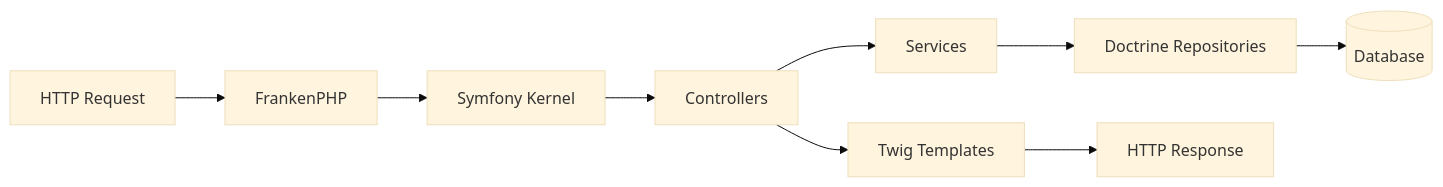
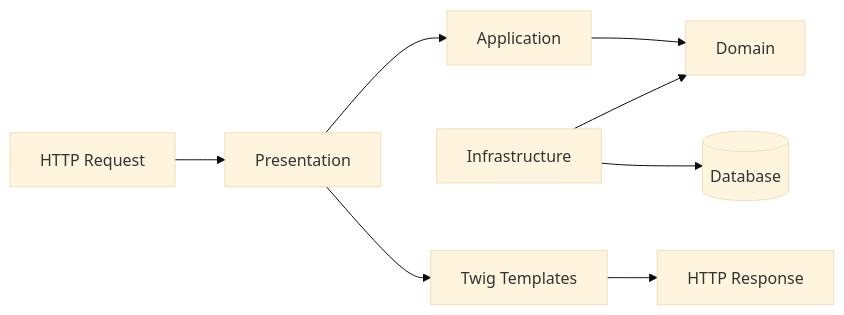
One commit to humanuoid/symfony-learning-lab changed the diagram in aidd_docs/memory/architecture.md. Above: the diagram before and after it, drawn with Mermaid (base theme). The commit also changed other lines of this file and 2 other files, not shown here.

Commit message:
feat(architecture): add Presentation layer with correct Clean Architecture dependency rules
- Add Presentation/ as fourth layer for HTTP/CLI entry points
- Fix Mermaid diagram: Infrastructure depends on Domain, not reverse
- Clarify Domain layer: pure PHP, zero framework dependencies
- Update implementation.md: controllers and templates now in Presentation/
- Add architecture test: Domain cannot depend on Presentation
- Create src/Shared/Presentation/{Web,Console}/ directory structure

````diff
--- a/aidd_docs/memory/architecture.md
+++ b/aidd_docs/memory/architecture.md
@@ -16,11 +16,10 @@
 ```mermaid
 flowchart LR
-    Request[HTTP Request] --> FrankenPHP
-    FrankenPHP --> Symfony[Symfony Kernel]
-    Symfony --> Controller[Controllers]
-    Controller --> Service[Services]
-    Service --> Repository[Doctrine Repositories]
-    Repository --> Database[(Database)]
-    Controller --> Twig[Twig Templates]
+    Request[HTTP Request] --> Presentation[Presentation]
+    Presentation --> Application[Application]
+    Application --> Domain[Domain]
+    Infrastructure[Infrastructure] --> Domain
+    Infrastructure --> Database[(Database)]
+    Presentation --> Twig[Twig Templates]
     Twig --> Response[HTTP Response]
 ```
````
